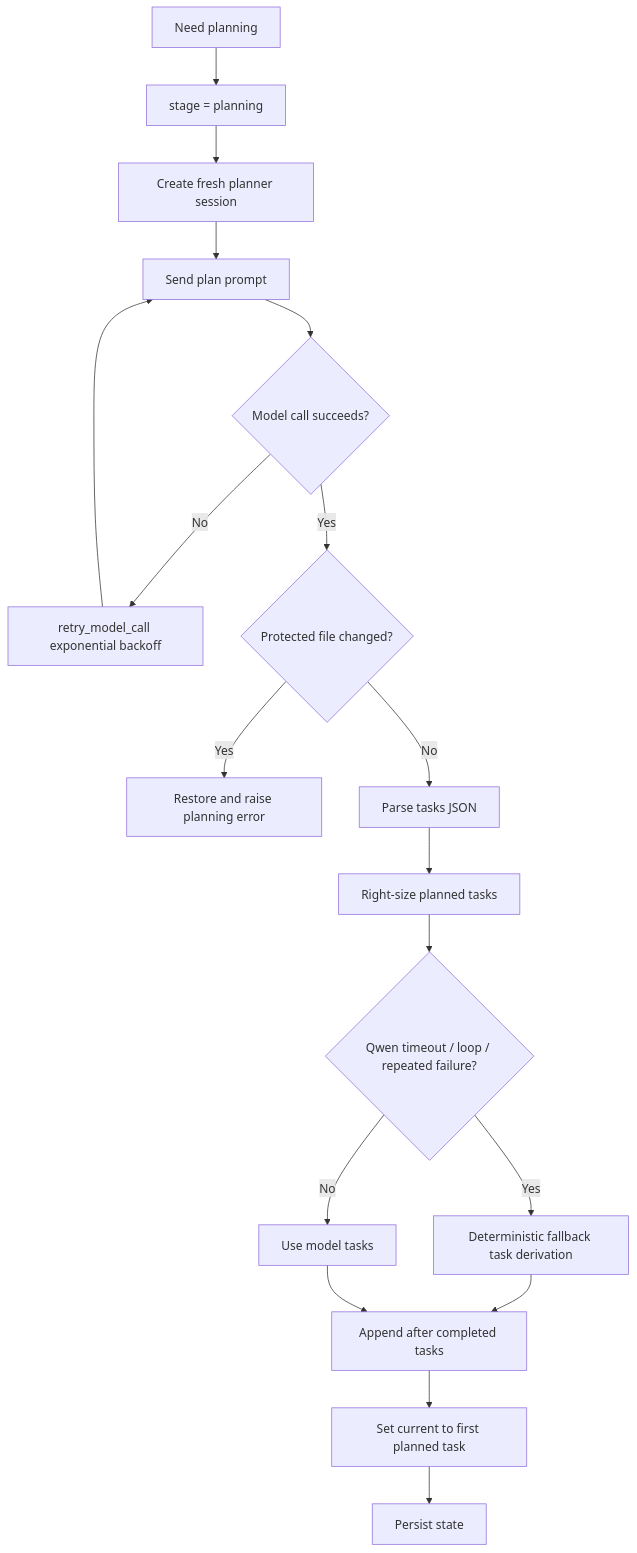
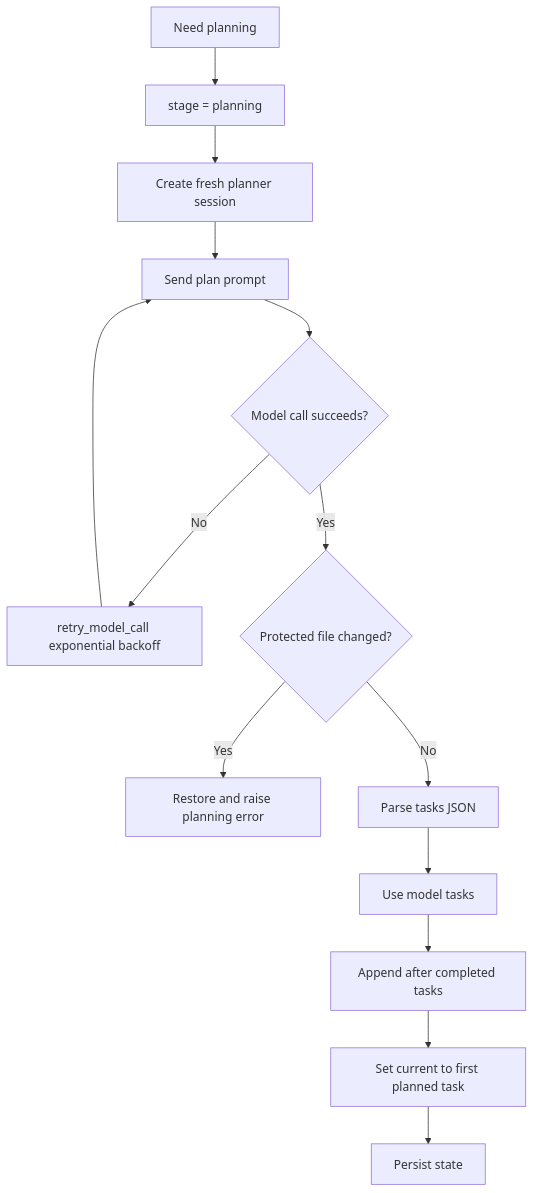
One commit to kevin840307/ai-task-runner changed the fifth of 9 diagrams in docs/DESIGN.md. Above: the diagram before and after it, drawn with Mermaid. The commit also changed other lines of this file and 10 other files, not shown here.

Commit message:
Make planning AI-owned and remove deterministic task fallbacks

````diff
--- a/docs/DESIGN.md
+++ b/docs/DESIGN.md
@@ -391,20 +388,16 @@
 ```mermaid
 flowchart TD
     A[Need planning] --> B[stage = planning]
     B --> C[Create fresh planner session]
     C --> D[Send plan prompt]
     D --> E{Model call succeeds?}
     E -- No --> F[retry_model_call exponential backoff]
     F --> D
     E -- Yes --> G{Protected file changed?}
     G -- Yes --> H[Restore and raise planning error]
     G -- No --> I[Parse tasks JSON]
-    I --> J[Right-size planned tasks]
-    J --> K{Qwen timeout / loop / repeated failure?}
-    K -- Yes --> L[Deterministic fallback task derivation]
-    K -- No --> M[Use model tasks]
-    L --> N[Append after completed tasks]
-    M --> N
+    I --> M[Use model tasks]
+    M --> N[Append after completed tasks]
     N --> O[Set current to first planned task]
     O --> P[Persist state]
 ```
````
